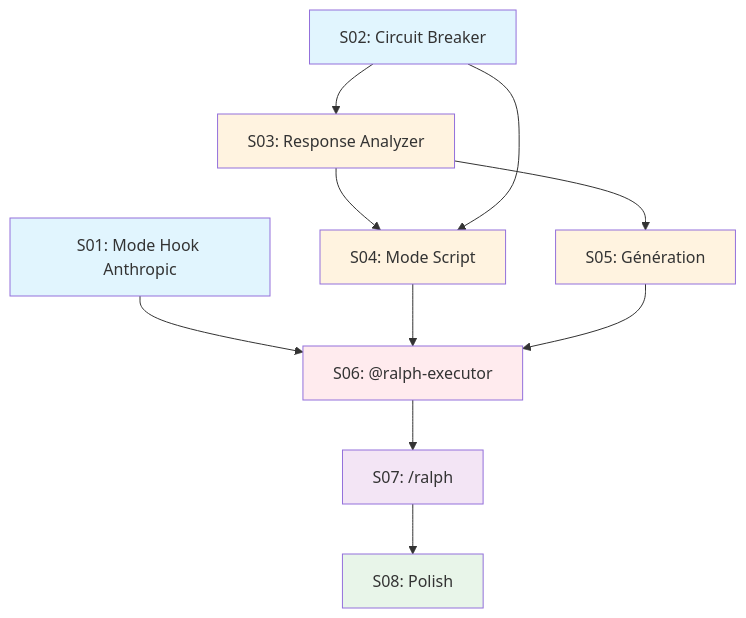
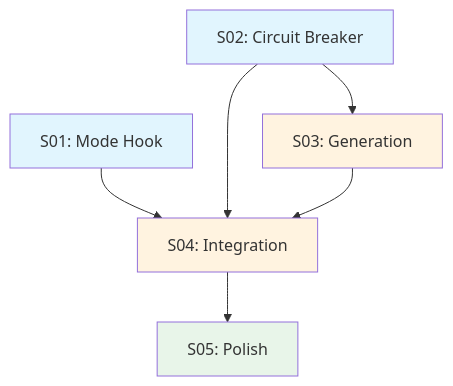
Before and after one commit to epci971/claude-epci: the first of 2 diagrams in docs/specs/ralph-wiggum-integration/INDEX.md, drawn with Mermaid. The commit also changed other lines of this file and 26 other files, not shown here.

````diff
--- a/docs/specs/ralph-wiggum-integration/INDEX.md
+++ b/docs/specs/ralph-wiggum-integration/INDEX.md
@@ -27,21 +37,14 @@
 ```mermaid
 flowchart TD
-    S01[S01: Mode Hook Anthropic] --> S06[S06: @ralph-executor]
-    S02[S02: Circuit Breaker] --> S03[S03: Response Analyzer]
-    S03 --> S04[S04: Mode Script]
-    S03 --> S05[S05: Génération]
+    S01[S01: Mode Hook] --> S04[S04: Integration]
+    S02[S02: Circuit Breaker] --> S03[S03: Generation]
     S02 --> S04
-    S04 --> S06
-    S05 --> S06
-    S06 --> S07[S07: /ralph]
-    S07 --> S08[S08: Polish]
+    S03 --> S04
+    S04 --> S05[S05: Polish]
 
     style S01 fill:#e1f5fe
     style S02 fill:#e1f5fe
     style S03 fill:#fff3e0
     style S04 fill:#fff3e0
-    style S05 fill:#fff3e0
-    style S06 fill:#ffebee
-    style S07 fill:#f3e5f5
-    style S08 fill:#e8f5e9
+    style S05 fill:#e8f5e9
 ```
````
